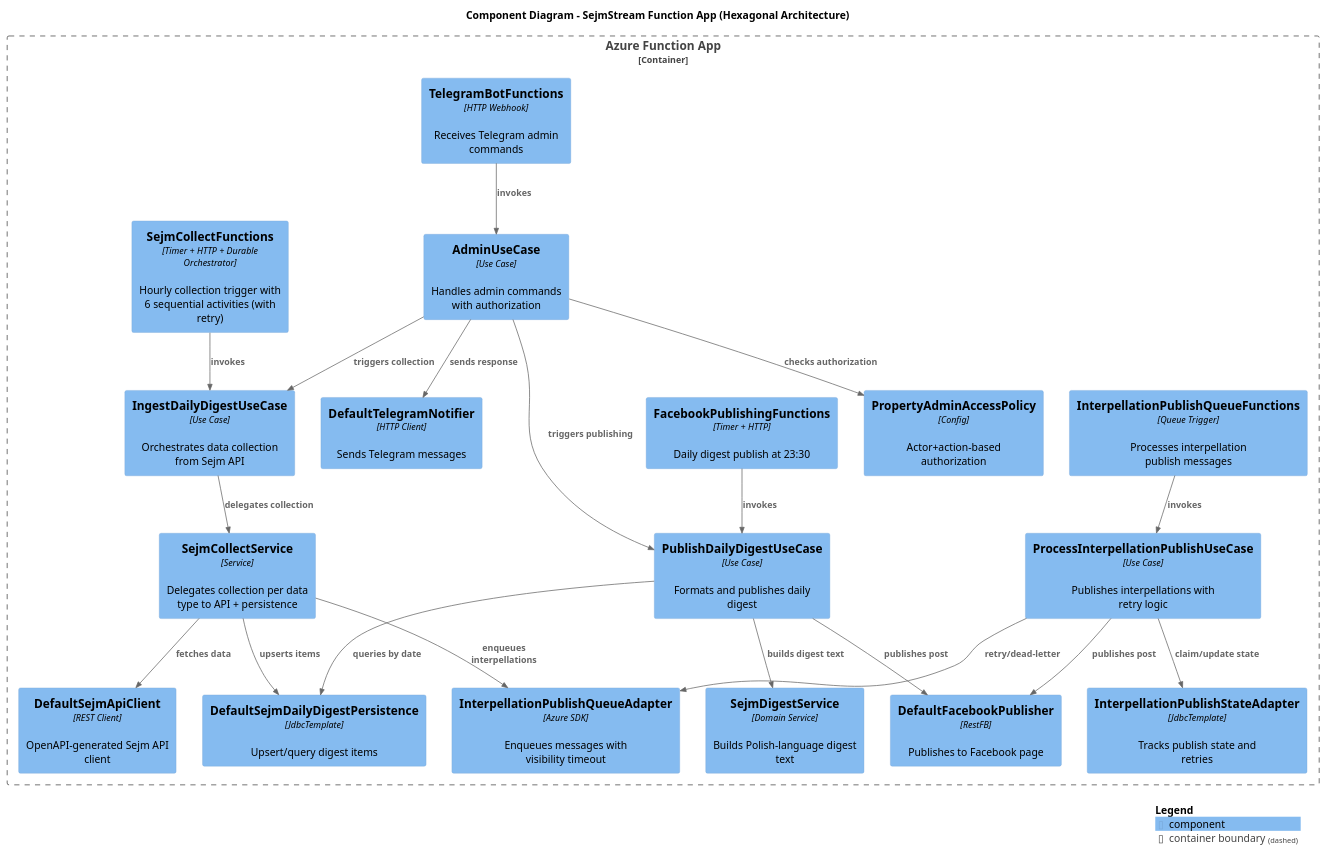
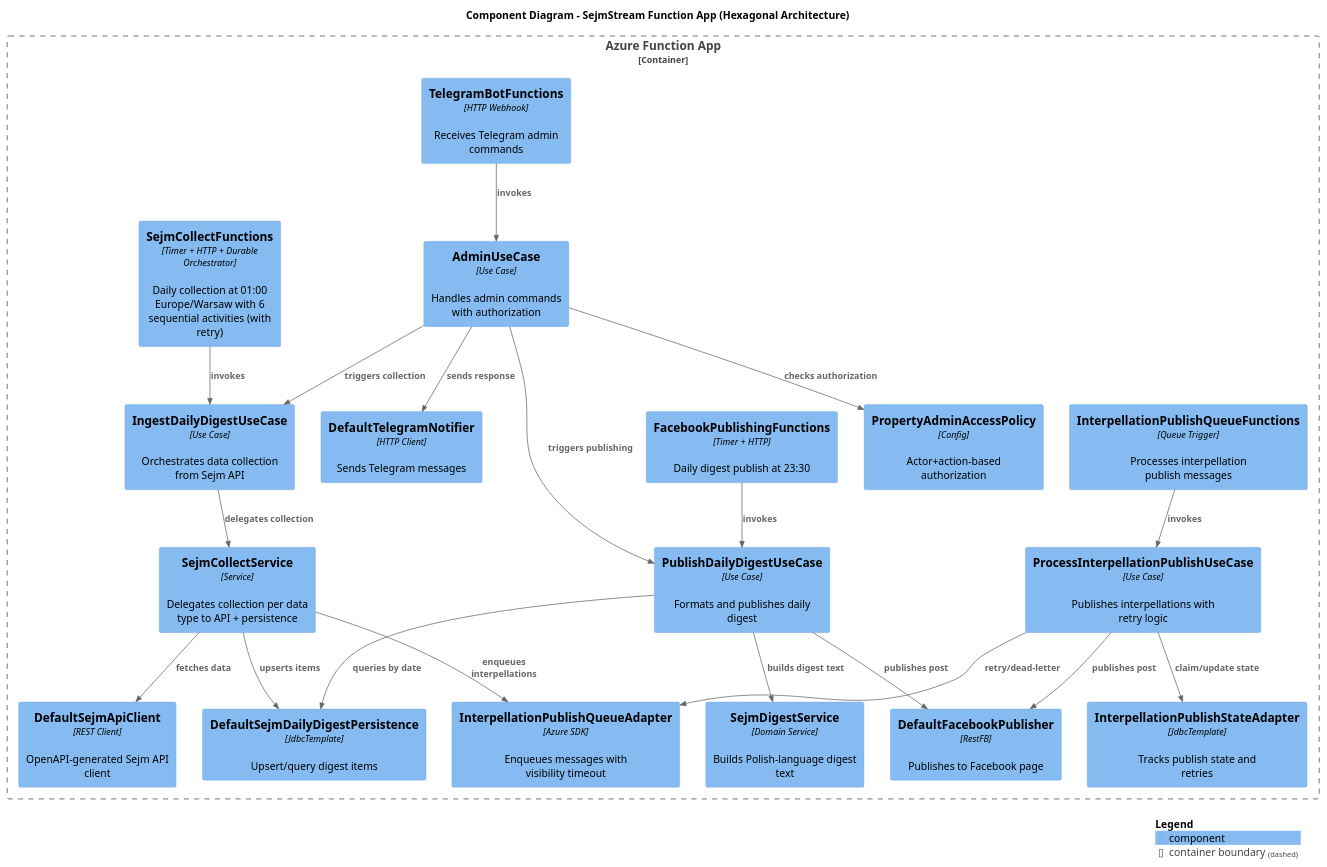
Before and after one commit to onlexnet/sejmstream: the diagram in docs/c4/c4-components.puml, drawn with PlantUML. The commit also changed 8 other files, not shown here.

Commit message:
feat: update SejmCollect timer to daily collection at 01:00 Europe/Warsaw and adjust related documentation and tests

```diff
--- a/docs/c4/c4-components.puml
+++ b/docs/c4/c4-components.puml
@@ -1,55 +1,55 @@
 @startuml C4_Components
 !include https://raw.githubusercontent.com/plantuml-stdlib/C4-PlantUML/master/C4_Component.puml
 
 title Component Diagram - SejmStream Function App (Hexagonal Architecture)
 
 Container_Boundary(func_app, "Azure Function App") {
 
     ' === INBOUND ADAPTERS (Driving) ===
-    Component(collect_fn, "SejmCollectFunctions", "Timer + HTTP + Durable Orchestrator", "Hourly collection trigger with 6 sequential activities (with retry)")
+    Component(collect_fn, "SejmCollectFunctions", "Timer + HTTP + Durable Orchestrator", "Daily collection at 01:00 Europe/Warsaw with 6 sequential activities (with retry)")
     Component(publish_fn, "FacebookPublishingFunctions", "Timer + HTTP", "Daily digest publish at 23:30")
     Component(interpellation_fn, "InterpellationPublishQueueFunctions", "Queue Trigger", "Processes interpellation publish messages")
     Component(telegram_fn, "TelegramBotFunctions", "HTTP Webhook", "Receives Telegram admin commands")
 
     ' === USE CASES (Application Core) ===
     Component(collect_uc, "IngestDailyDigestUseCase", "Use Case", "Orchestrates data collection from Sejm API")
     Component(publish_uc, "PublishDailyDigestUseCase", "Use Case", "Formats and publishes daily digest")
     Component(interpellation_uc, "ProcessInterpellationPublishUseCase", "Use Case", "Publishes interpellations with retry logic")
     Component(admin_uc, "AdminUseCase", "Use Case", "Handles admin commands with authorization")
     Component(digest_svc, "SejmDigestService", "Domain Service", "Builds Polish-language digest text")
 
     ' === OUTBOUND ADAPTERS (Driven) ===
     Component(sejm_client, "DefaultSejmApiClient", "REST Client", "OpenAPI-generated Sejm API client")
     Component(fb_publisher, "DefaultFacebookPublisher", "RestFB", "Publishes to Facebook page")
     Component(tg_notifier, "DefaultTelegramNotifier", "HTTP Client", "Sends Telegram messages")
     Component(persistence, "DefaultSejmDailyDigestPersistence", "JdbcTemplate", "Upsert/query digest items")
     Component(state_port, "InterpellationPublishStateAdapter", "JdbcTemplate", "Tracks publish state and retries")
     Component(queue_port, "InterpellationPublishQueueAdapter", "Azure SDK", "Enqueues messages with visibility timeout")
     Component(collect_ops, "SejmCollectService", "Service", "Delegates collection per data type to API + persistence")
     Component(access_policy, "PropertyAdminAccessPolicy", "Config", "Actor+action-based authorization")
 }
 
 ' === Inbound relationships ===
 Rel(collect_fn, collect_uc, "invokes")
 Rel(publish_fn, publish_uc, "invokes")
 Rel(interpellation_fn, interpellation_uc, "invokes")
 Rel(telegram_fn, admin_uc, "invokes")
 
 ' === Use case to outbound ===
 Rel(collect_uc, collect_ops, "delegates collection")
 Rel(collect_ops, sejm_client, "fetches data")
 Rel(collect_ops, persistence, "upserts items")
 Rel(collect_ops, queue_port, "enqueues interpellations")
 Rel(publish_uc, persistence, "queries by date")
 Rel(publish_uc, digest_svc, "builds digest text")
 Rel(publish_uc, fb_publisher, "publishes post")
 Rel(interpellation_uc, state_port, "claim/update state")
 Rel(interpellation_uc, fb_publisher, "publishes post")
 Rel(interpellation_uc, queue_port, "retry/dead-letter")
 Rel(admin_uc, access_policy, "checks authorization")
 Rel(admin_uc, collect_uc, "triggers collection")
 Rel(admin_uc, publish_uc, "triggers publishing")
 Rel(admin_uc, tg_notifier, "sends response")
 
 SHOW_LEGEND()
 @enduml
```
